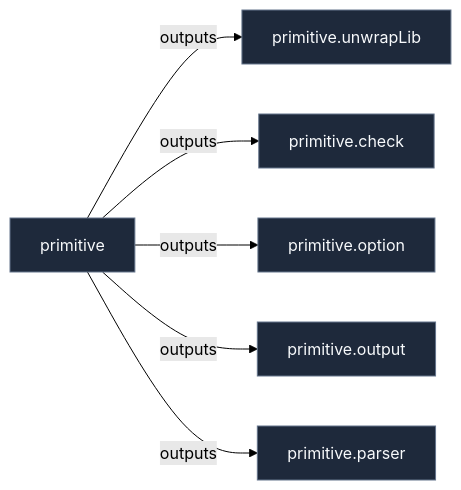
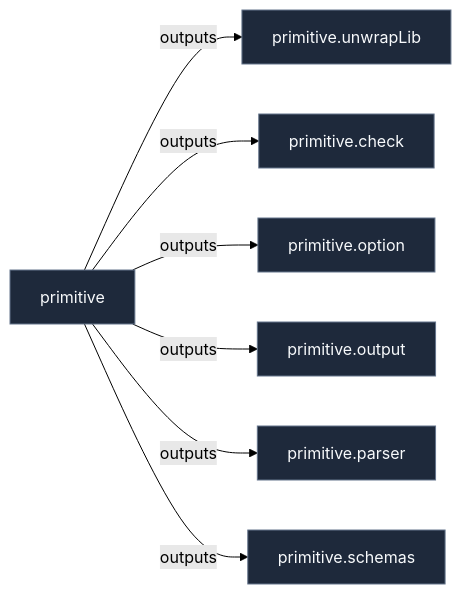
One commit to LW-54/nixconf changed the diagram in docs/lib/primitive.md. Above: the diagram before and after it, drawn with Mermaid (forest theme). The commit also changed other lines of this file and 104 other files, not shown here.

First line of the commit message:
refactor: audit and polish entire repository meta-system, features, and graph engine

````diff
--- a/docs/lib/primitive.md
+++ b/docs/lib/primitive.md
@@ -13,35 +13,38 @@
 ```mermaid
 flowchart LR
   urn__nixconf__ast__function__primitive_unwrapLib["primitive.unwrapLib"]:::defaultNode
     urn__nixconf__ast__symbol__primitive_check["primitive.check"]:::defaultNode
     urn__nixconf__ast__symbol__primitive_option["primitive.option"]:::defaultNode
     urn__nixconf__ast__symbol__primitive_output["primitive.output"]:::defaultNode
     urn__nixconf__ast__symbol__primitive_parser["primitive.parser"]:::defaultNode
+    urn__nixconf__ast__symbol__primitive_schemas["primitive.schemas"]:::defaultNode
     urn__nixconf__onto__lib__primitive["primitive"]:::defaultNode
 
     urn__nixconf__onto__lib__primitive -->|outputs| urn__nixconf__ast__function__primitive_unwrapLib
     urn__nixconf__onto__lib__primitive -->|outputs| urn__nixconf__ast__symbol__primitive_check
     urn__nixconf__onto__lib__primitive -->|outputs| urn__nixconf__ast__symbol__primitive_option
     urn__nixconf__onto__lib__primitive -->|outputs| urn__nixconf__ast__symbol__primitive_output
     urn__nixconf__onto__lib__primitive -->|outputs| urn__nixconf__ast__symbol__primitive_parser
+    urn__nixconf__onto__lib__primitive -->|outputs| urn__nixconf__ast__symbol__primitive_schemas
 
 
     click urn__nixconf__ast__function__primitive_unwrapLib href "primitive.md" "primitive.unwrapLib"
     click urn__nixconf__ast__symbol__primitive_check href "primitive.md" "primitive.check"
     click urn__nixconf__ast__symbol__primitive_option href "primitive.md" "primitive.option"
     click urn__nixconf__ast__symbol__primitive_output href "primitive.md" "primitive.output"
     click urn__nixconf__ast__symbol__primitive_parser href "primitive.md" "primitive.parser"
+    click urn__nixconf__ast__symbol__primitive_schemas href "primitive.md" "primitive.schemas"
     click urn__nixconf__onto__lib__primitive href "primitive.md" "primitive"
 
   %% Semantic Visual Classes
   classDef hostNode fill:#1e293b,stroke:#38bdf8,stroke-width:2px,color:#f8fafc;
   classDef contractNode fill:#1e1b4b,stroke:#818cf8,stroke-width:2px,color:#f8fafc;
   classDef implNode fill:#0f172a,stroke:#34d399,stroke-width:2px,color:#f8fafc;
   classDef featureNode fill:#134e4a,stroke:#2dd4bf,stroke-width:2px,color:#f8fafc;
   classDef optNode fill:#422006,stroke:#facc15,stroke-width:1px,color:#fefce8;
   classDef typeNode fill:#3b0764,stroke:#c084fc,stroke-width:1px,color:#faf5ff;
   classDef pkgNode fill:#4c0519,stroke:#fb7185,stroke-width:1px,color:#fff1f2;
   classDef devShellNode fill:#451a03,stroke:#fb923c,stroke-width:1px,color:#fff7ed;
   classDef drvNode fill:#18181b,stroke:#a1a1aa,stroke-width:1px,color:#f4f4f5;
   classDef defaultNode fill:#1e293b,stroke:#64748b,stroke-width:1px,color:#f8fafc;
 ```
````
